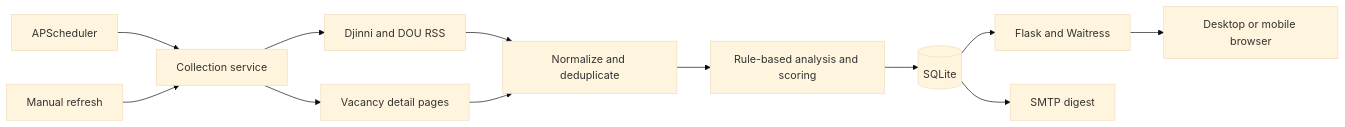
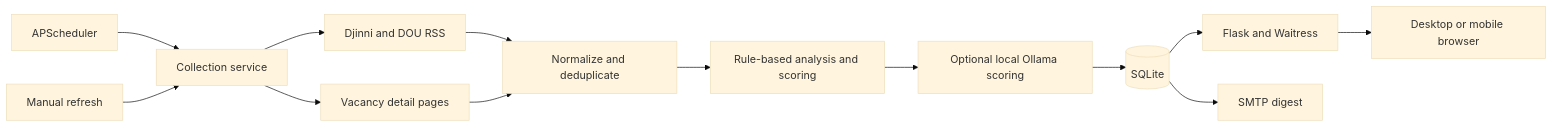
One commit to dmytro-rusin/VacancyTool changed the diagram in README.md. Above: the diagram before and after it, drawn with Mermaid (base theme). The commit also changed other lines of this file and 9 other files, not shown here.

Commit message:
Add local Ollama vacancy scoring

````diff
--- a/README.md
+++ b/README.md
@@ -23,14 +23,15 @@
 ```mermaid
 flowchart LR
     Scheduler[APScheduler] --> Collector[Collection service]
     Manual[Manual refresh] --> Collector
     Collector --> Feeds[Djinni and DOU RSS]
     Collector --> Details[Vacancy detail pages]
     Feeds --> Normalize[Normalize and deduplicate]
     Details --> Normalize
     Normalize --> Score[Rule-based analysis and scoring]
-    Score --> DB[(SQLite)]
+    Score --> AI[Optional local Ollama scoring]
+    AI --> DB[(SQLite)]
     DB --> Web[Flask and Waitress]
     DB --> Mail[SMTP digest]
     Web --> Browser[Desktop or mobile browser]
 ```
````
